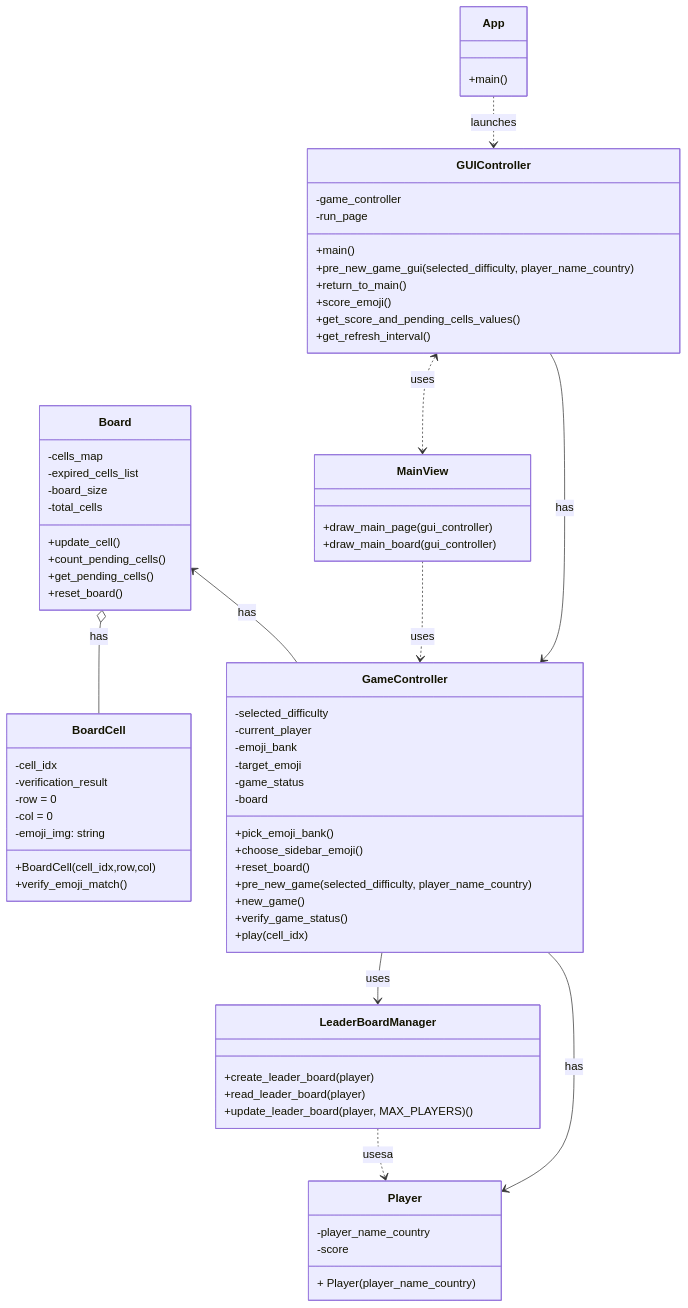
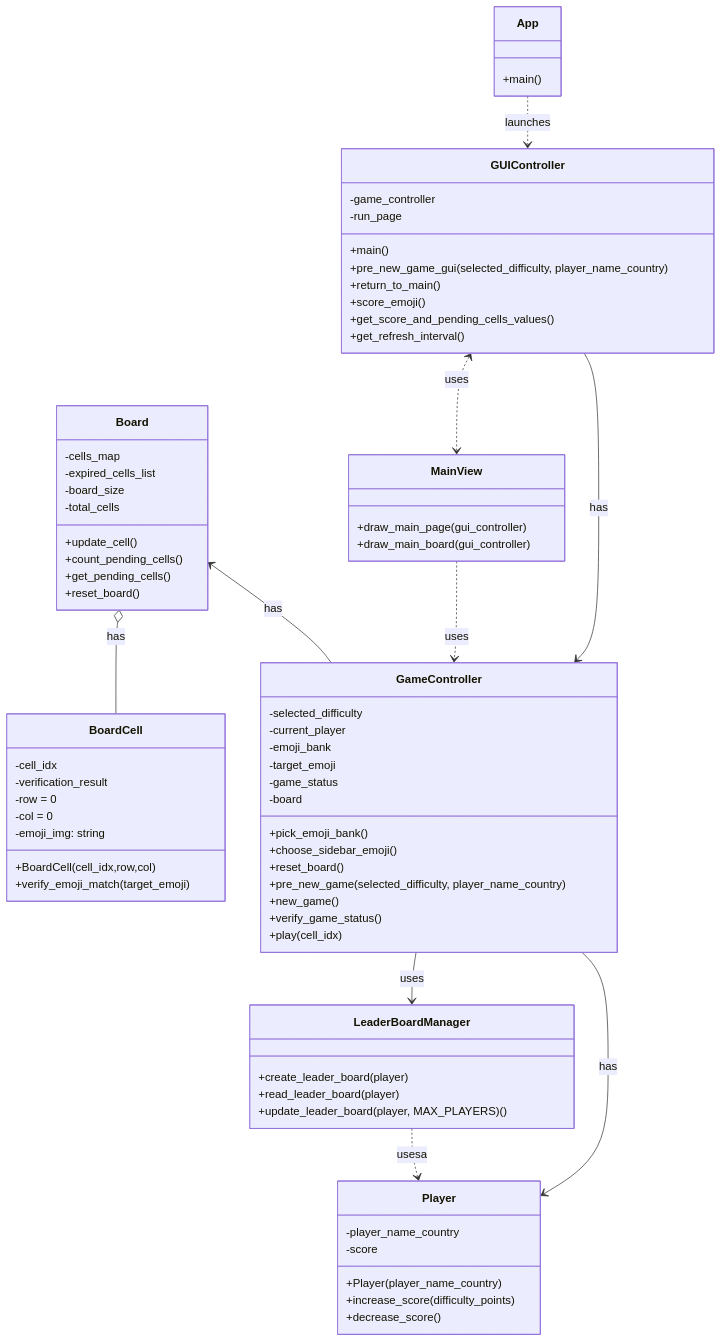
The diagram in README.md (300CIS017-Object-Oriented-Programming/9.-pixmatch_refactor), drawn with Mermaid before and after one commit. The commit also changed 4 other files, not shown here.

````diff
--- a/README.md
+++ b/README.md
@@ -36,74 +36,76 @@
 ```mermaid
 classDiagram
     class GameController {
         -selected_difficulty
         -current_player
         -emoji_bank
         -target_emoji
         -game_status
         -board
         +pick_emoji_bank()
         +choose_sidebar_emoji()
         +reset_board()
         +pre_new_game(selected_difficulty, player_name_country)
         +new_game()
         +verify_game_status()
         +play(cell_idx)
     }
     class GUIController {
         -game_controller
         -run_page
         +main()
         +pre_new_game_gui(selected_difficulty, player_name_country)
         +return_to_main()
         +score_emoji()
         +get_score_and_pending_cells_values()
         +get_refresh_interval()
     }
     class Board {
         -cells_map
         -expired_cells_list
         -board_size
         -total_cells 
         +update_cell()
         +count_pending_cells()
         +get_pending_cells()
         +reset_board()
     }
     class BoardCell {
         -cell_idx
         -verification_result
         -row = 0
         -col = 0
         -emoji_img: string
         +BoardCell(cell_idx,row,col)
-        +verify_emoji_match()
+        +verify_emoji_match(target_emoji)
     }
     class LeaderBoardManager {
         +create_leader_board(player)
         +read_leader_board(player)
         +update_leader_board(player, MAX_PLAYERS)()
     }
     class Player {
         -player_name_country
         -score
         
-        + Player(player_name_country)
+        +Player(player_name_country)
+        +increase_score(difficulty_points)
+        +decrease_score()
     }
     class MainView {
         +draw_main_page(gui_controller)
         +draw_main_board(gui_controller)
     }
     class App {
         +main()
     }
     GUIController --> GameController : has
     Board <-- GameController : has
     Board o-- BoardCell : has
     GameController --> Player : has
     GameController --> LeaderBoardManager : uses
     LeaderBoardManager ..> Player : usesa
     MainView ..> GameController : uses
     GUIController <..> MainView : uses
     App ..> GUIController : launches
 ```
````
